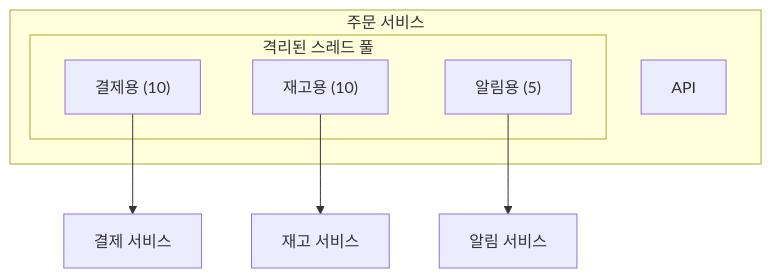
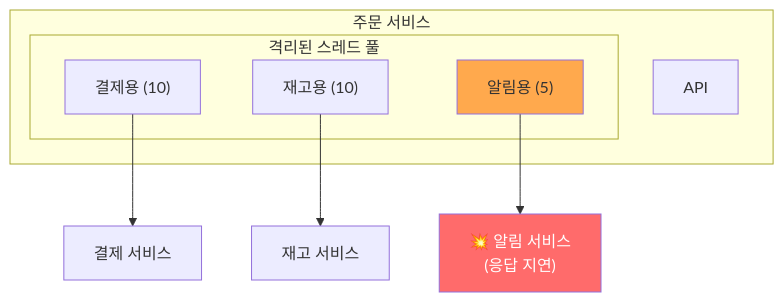
One commit to 12OneTwo12/12OneTwo12.github.io changed the eighth of 10 diagrams in content/blog/architecture/msa-series-3-resilience.ko.md. Above: the diagram before and after it, drawn with Mermaid. The commit also changed other lines of this file, not shown here.

````diff
--- a/content/blog/architecture/msa-series-3-resilience.ko.md
+++ b/content/blog/architecture/msa-series-3-resilience.ko.md
@@ -213,15 +254,18 @@
 ```mermaid
 flowchart TB
     subgraph Order["주문 서비스"]
         API["API"]
         subgraph Pools["격리된 스레드 풀"]
             PaymentPool["결제용 (10)"]
             InventoryPool["재고용 (10)"]
             NotificationPool["알림용 (5)"]
         end
     end
 
     PaymentPool --> Payment["결제 서비스"]
     InventoryPool --> Inventory["재고 서비스"]
-    NotificationPool --> Notification["알림 서비스"]
+    NotificationPool --> Notification["💥 알림 서비스<br/>(응답 지연)"]
+
+    style Notification fill:#ff6b6b,color:#fff
+    style NotificationPool fill:#ffa94d
 ```
````
